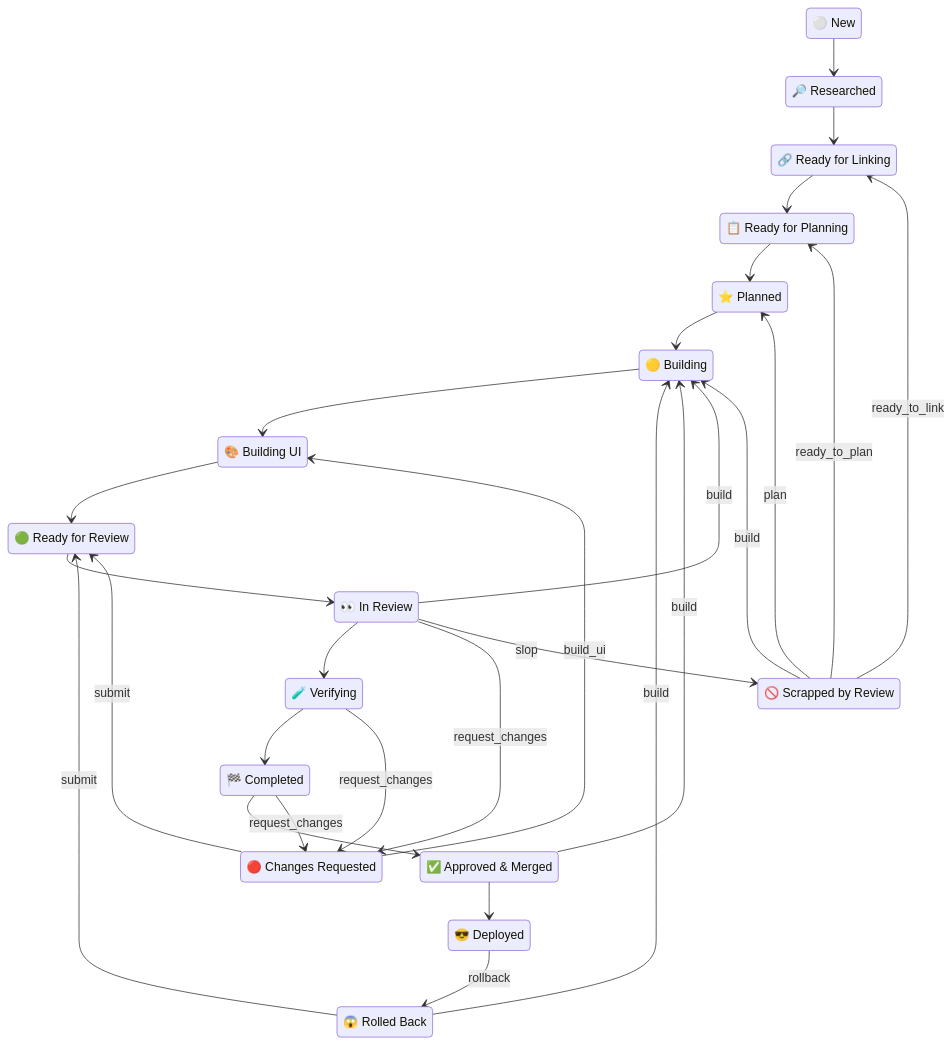
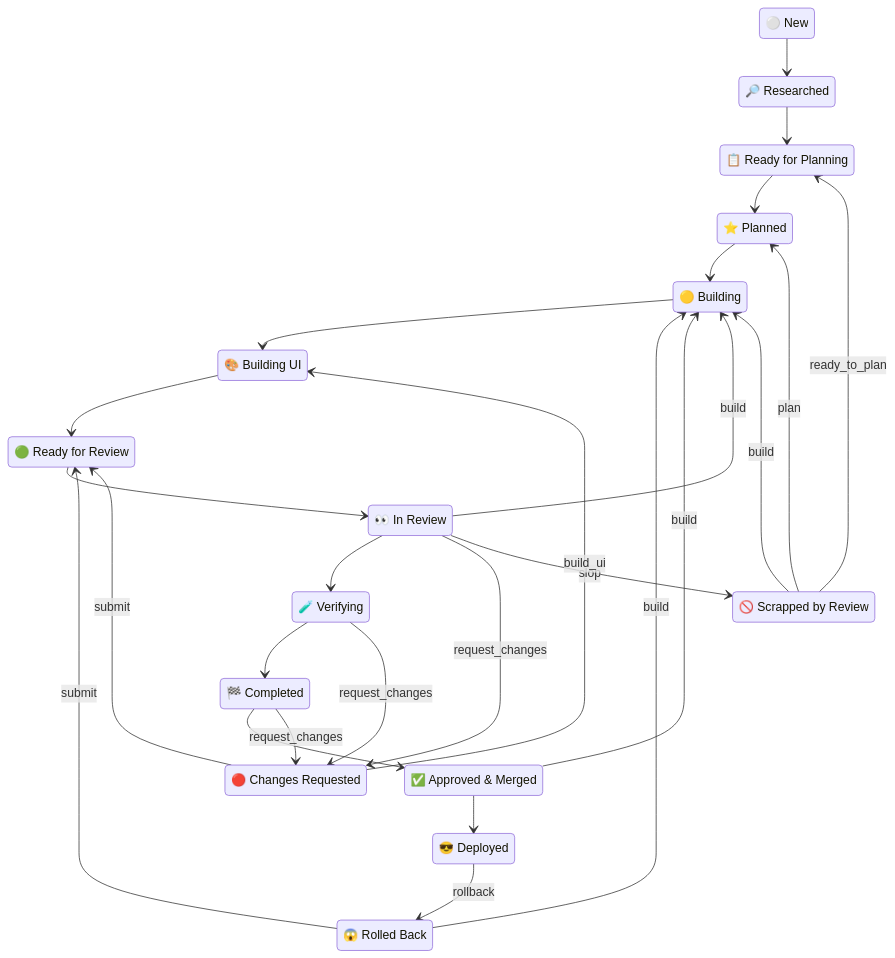
The second of 7 diagrams in docs/WORKFLOW.md (kigster/openlanes), drawn with Mermaid before and after one commit. The commit also changed other lines of this file and 1 other file, not shown here.

Commit message:
Regenerate WORKFLOW.md without the linking step

````diff
--- a/docs/WORKFLOW.md
+++ b/docs/WORKFLOW.md
@@ -78,53 +76,50 @@
 ```mermaid
 ---
 config:
 layout: dagre
 theme: redux-color
 ---
 stateDiagram-v2
   direction TB
   new : ⚪ New
   researched : 🔎 Researched
-  ready_for_linking : 🔗 Ready for Linking
   ready_for_planning : 📋 Ready for Planning
   planned : ⭐ Planned
   building : 🟡 Building
   building_ui : 🎨 Building UI
   ready_for_review : 🟢 Ready for Review
   in_review : 👀 In Review
   verifying : 🧪 Verifying
   completed : 🏁 Completed
   approved : ✅ Approved & Merged
   deployed : 😎 Deployed
   rejected : 🔴 Changes Requested
   rolled_back : 😱 Rolled Back
   rewrite : 🚫 Scrapped by Review
 
   new --> researched
-  researched --> ready_for_linking
-  ready_for_linking --> ready_for_planning
+  researched --> ready_for_planning
   ready_for_planning --> planned
   planned --> building
   building --> building_ui
   building_ui --> ready_for_review
   ready_for_review --> in_review
   in_review --> verifying
   verifying --> completed
   completed --> approved
   approved --> deployed
   in_review --> building : build
   in_review --> rejected : request_changes
   in_review --> rewrite : slop
   verifying --> rejected : request_changes
   completed --> rejected : request_changes
   approved --> building : build
   deployed --> rolled_back : rollback
   rejected --> building_ui : build_ui
   rejected --> ready_for_review : submit
   rolled_back --> building : build
   rolled_back --> ready_for_review : submit
-  rewrite --> ready_for_linking : ready_to_link
   rewrite --> ready_for_planning : ready_to_plan
   rewrite --> planned : plan
   rewrite --> building : build
 ```
````
